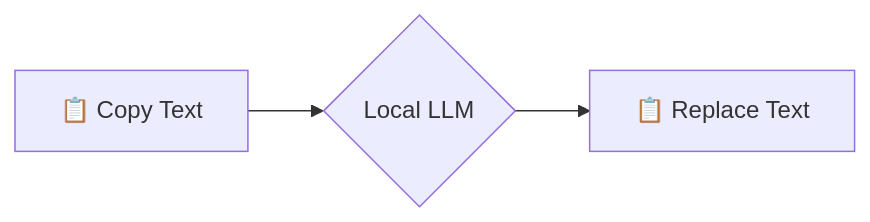
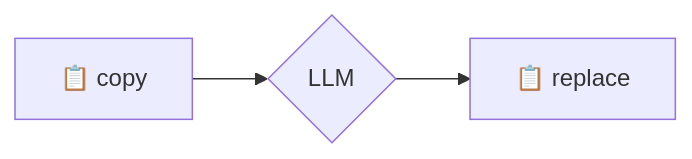
One commit to zarvent/v2m-lab changed the second of 2 diagrams in README.md. Above: the diagram before and after it, drawn with Mermaid. The commit also changed other lines of this file, not shown here.

````diff
--- a/README.md
+++ b/README.md
@@ -65,5 +57,5 @@
 ```mermaid
 flowchart LR
-    A[📋 Copy Text] --> B{Local LLM}
-    B --> C[📋 Replace Text]
+A[📋 copy] --> B{LLM}
+B --> C[📋 replace]
 ```
````
